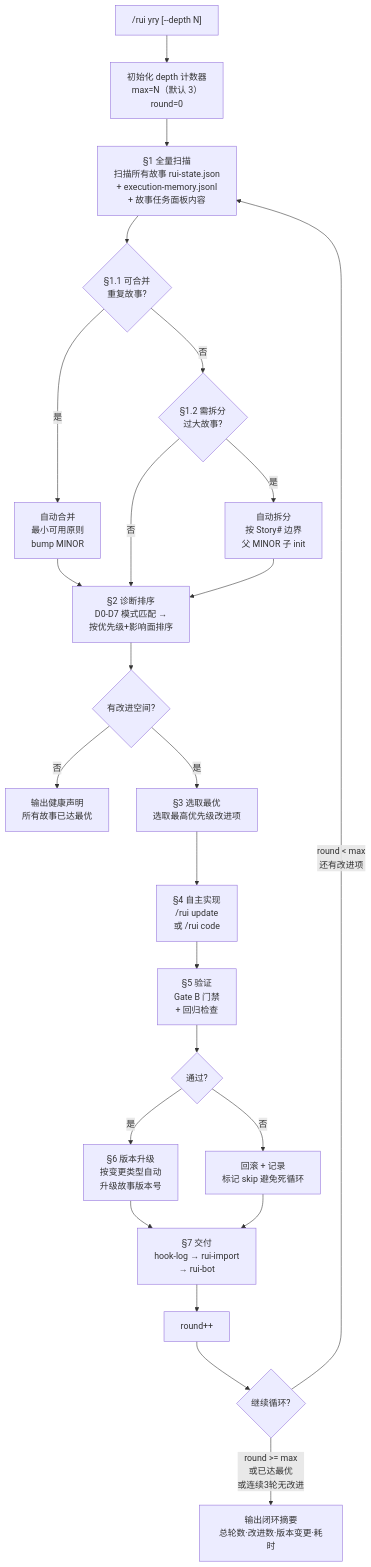
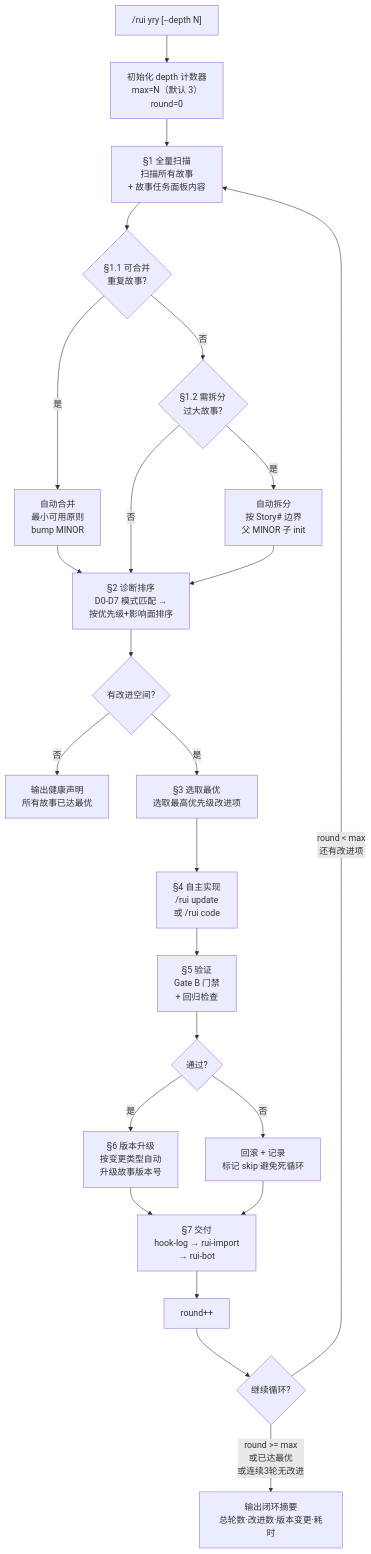
One commit to effiy/YrY changed the tenth of 17 diagrams in skills/rui/SKILL.md. Above: the diagram before and after it, drawn with Mermaid. The commit also changed other lines of this file and 2 other files, not shown here.

First line of the commit message:
chore: remove .memory/ + disable notification log generation

````diff
--- a/skills/rui/SKILL.md
+++ b/skills/rui/SKILL.md
@@ -545,27 +544,27 @@
 ```mermaid
 flowchart TD
     START["/rui yry [--depth N]"]:::entry --> INIT["初始化 depth 计数器<br/>max=N（默认 3）<br/>round=0"]:::s
-    INIT --> SCAN["§1 全量扫描<br/>扫描所有故事 rui-state.json<br/>+ execution-memory.jsonl<br/>+ 故事任务面板内容"]:::s
+    INIT --> SCAN["§1 全量扫描<br/>扫描所有故事<br/>+ 故事任务面板内容"]:::s
     SCAN --> MERGE_CHECK{"§1.1 可合并<br/>重复故事?"}
     MERGE_CHECK -->|"是"| AUTO_MERGE["自动合并<br/>最小可用原则<br/>bump MINOR"]:::op
     MERGE_CHECK -->|"否"| SPLIT_CHECK{"§1.2 需拆分<br/>过大故事?"}
     SPLIT_CHECK -->|"是"| AUTO_SPLIT["自动拆分<br/>按 Story# 边界<br/>父 MINOR 子 init"]:::op
     AUTO_MERGE --> DIAG
     SPLIT_CHECK -->|"否"| DIAG["§2 诊断排序<br/>D0-D7 模式匹配 →<br/>按优先级+影响面排序"]:::s
     AUTO_SPLIT --> DIAG
     DIAG --> CHECK{"有改进空间?"}
     CHECK -->|"否"| DONE["输出健康声明<br/>所有故事已达最优"]:::out
     CHECK -->|"是"| PICK["§3 选取最优<br/>选取最高优先级改进项"]:::s
     PICK --> IMPL["§4 自主实现<br/>/rui update <name><br/>或 /rui code <name>"]:::s
     IMPL --> VERIFY["§5 验证<br/>Gate B 门禁<br/>+ 回归检查"]:::s
     VERIFY --> VER{"通过?"}
     VER -->|"是"| BUMP["§6 版本升级<br/>按变更类型自动<br/>升级故事版本号"]:::s
     VER -->|"否"| ROLLBACK["回滚 + 记录<br/>标记 skip 避免死循环"]:::s
     BUMP --> DELIVER["§7 交付<br/>hook-log → rui-import<br/>→ rui-bot"]:::s
     ROLLBACK --> DELIVER
     DELIVER --> INC["round++"]:::s
     INC --> LOOP{"继续循环?"}
     LOOP -->|"round < max<br/>还有改进项"| SCAN
     LOOP -->|"round >= max<br/>或已达最优<br/>或连续3轮无改进"| END["输出闭环摘要<br/>总轮数·改进数·版本变更·耗时"]:::out
 
 ```
````
